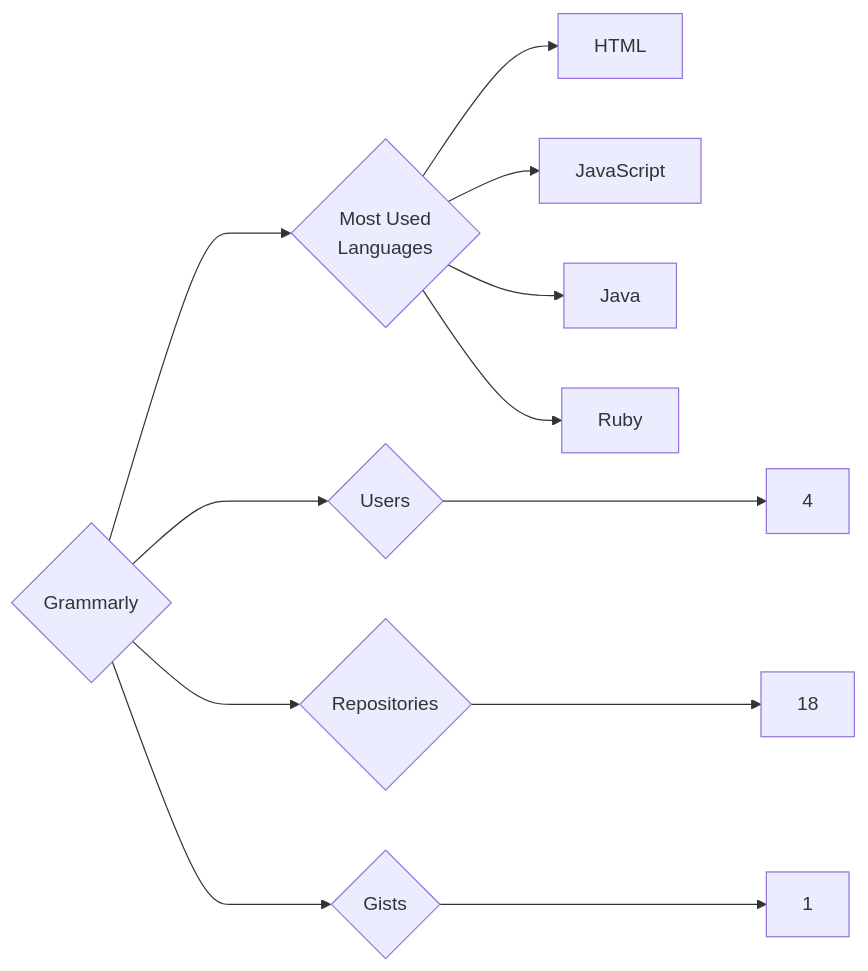
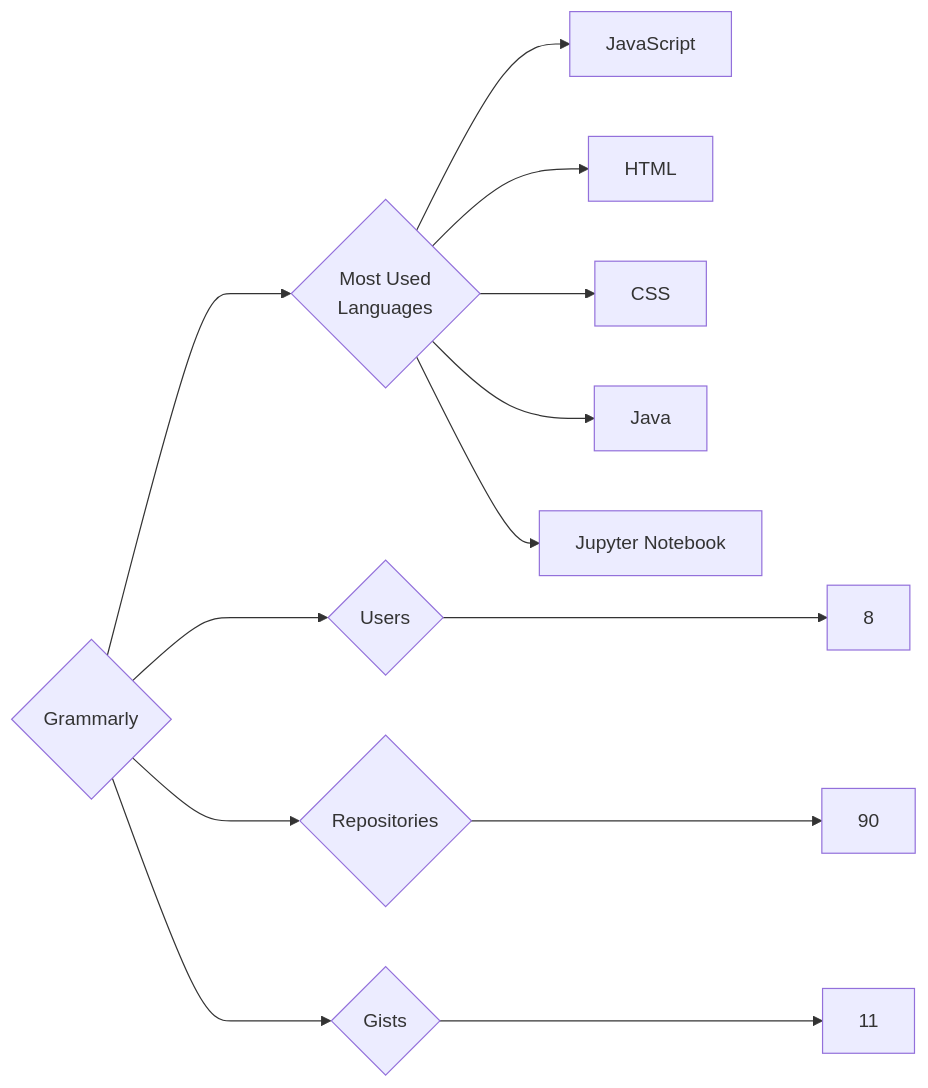
The diagram in targets/Grammarly/README.md (trickest/insiders), drawn with Mermaid before and after one commit. The commit also changed 1092 other files, not shown here.

````diff
--- a/targets/Grammarly/README.md
+++ b/targets/Grammarly/README.md
@@ -3,12 +3,13 @@
 ```mermaid
 graph LR
 COMPANY_NAME{Grammarly}
-COMPANY_NAME ---> U{Users} ---> UN[4]
-COMPANY_NAME ---> R{Repositories} ---> RN[18]
-COMPANY_NAME ---> G{Gists} ---> GN[1]
+COMPANY_NAME ---> U{Users} ---> UN[8]
+COMPANY_NAME ---> R{Repositories} ---> RN[90]
+COMPANY_NAME ---> G{Gists} ---> GN[11]
 COMPANY_NAME ---> ML{Most Used<br>Languages}
+ML --> JavaScript[JavaScript]
 ML --> HTML[HTML]
-ML --> JavaScript[JavaScript]
+ML --> CSS[CSS]
 ML --> Java[Java]
-ML --> Ruby[Ruby]
+ML --> Jupyter_Notebook[Jupyter Notebook]
 ```
````
